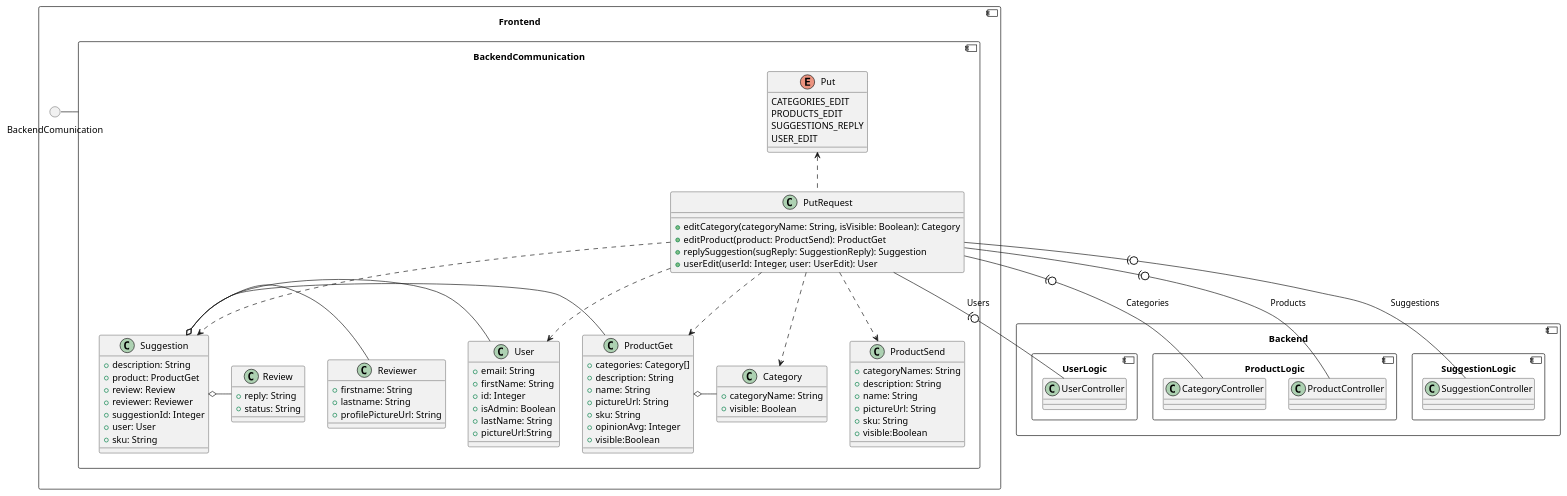
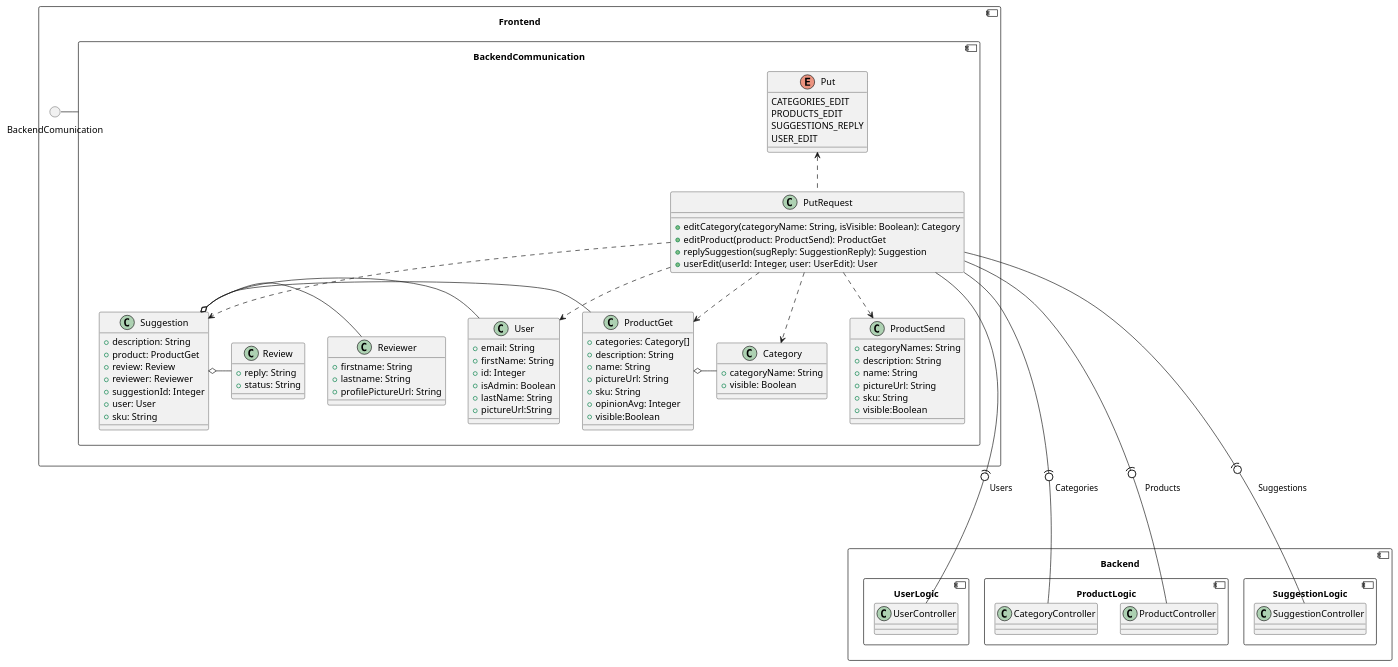
One commit to RadekBucki/OpinionCollectorArchitecture changed the ninth of 17 diagrams in FullClassDiagrams.md. Above: the diagram before and after it, drawn with PlantUML. The commit also changed other lines of this file, not shown here.

````diff
--- a/FullClassDiagrams.md
+++ b/FullClassDiagrams.md
@@ -729,8 +729,8 @@
     }
 }
         
-PutRequest -(0- CategoryController   : Categories
-PutRequest -(0- ProductController    : Products
-PutRequest -(0- SuggestionController : Suggestions
-PutRequest -(0- UserController       : Users
+PutRequest --(0-- CategoryController   : Categories
+PutRequest --(0-- ProductController    : Products
+PutRequest --(0-- SuggestionController : Suggestions
+PutRequest --(0-- UserController       : Users
 ```
````
